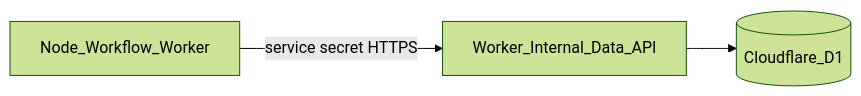
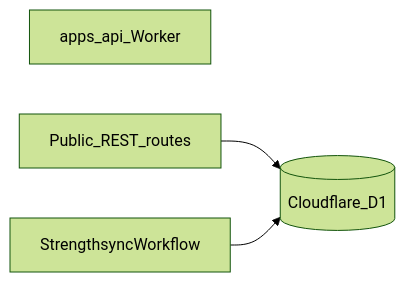
Before and after one commit to luciapuccini/strengthsync-app: the diagram in docs/architecture/stack.md, drawn with Mermaid (forest theme). The commit also changed other lines of this file and 15 other files, not shown here.

````diff
--- a/docs/architecture/stack.md
+++ b/docs/architecture/stack.md
@@ -48,9 +45,10 @@
 ```mermaid
 flowchart LR
-  WorkflowWorker[Node_Workflow_Worker]
-  InternalAPI[Worker_Internal_Data_API]
+  Worker[apps_api_Worker]
+  API[Public_REST_routes]
+  WF[StrengthsyncWorkflow]
   D1[(Cloudflare_D1)]
 
-  WorkflowWorker -->|"service secret HTTPS"| InternalAPI
-  InternalAPI --> D1
+  API --> D1
+  WF --> D1
 ```
````
